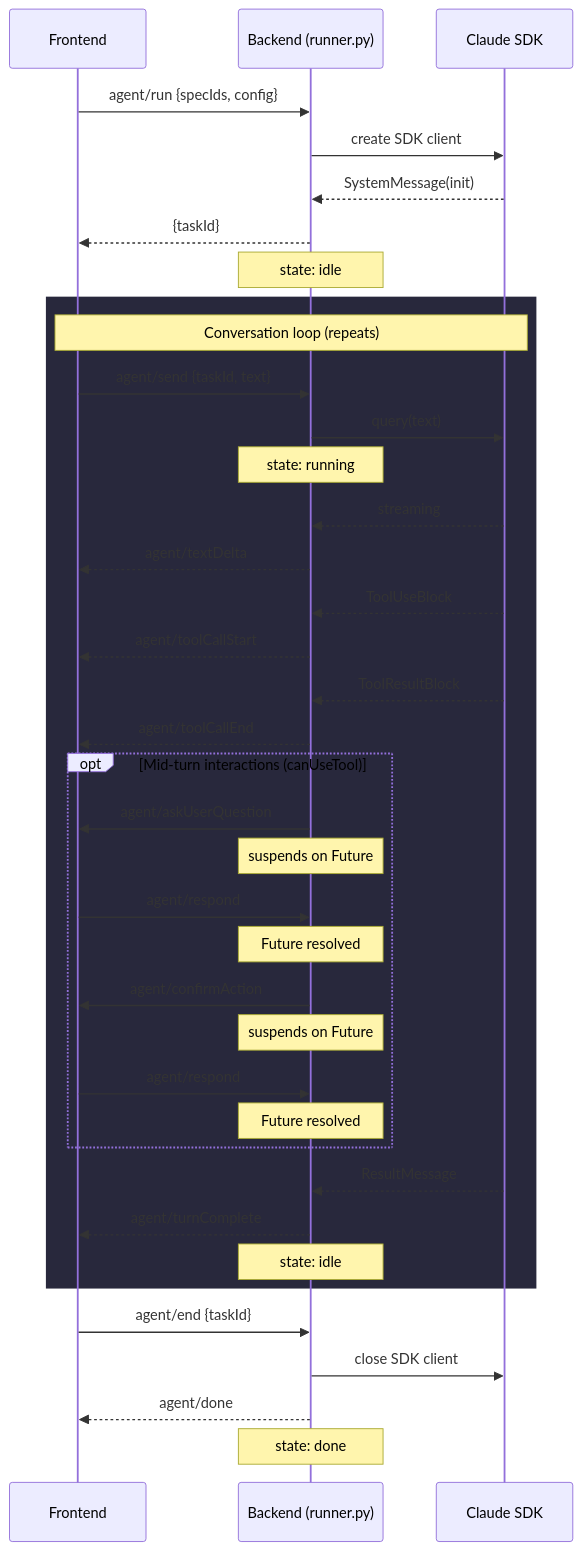
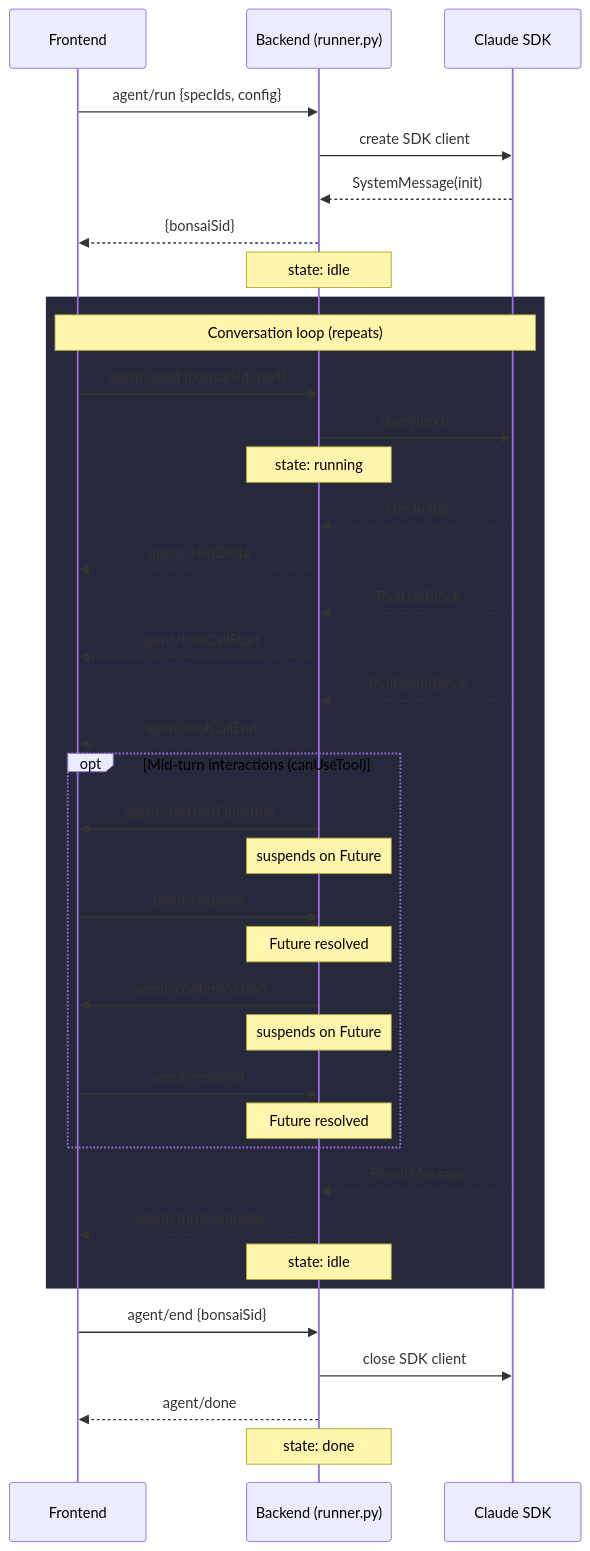
The second of 4 diagrams in backend/app/agent/README.md (JetBrains/thinkrail), drawn with Mermaid before and after one commit. The commit also changed other lines of this file and 34 other files, not shown here.

Commit message:
task_id -> bonsai_sid; update sessions and manager

````diff
--- a/backend/app/agent/README.md
+++ b/backend/app/agent/README.md
@@ -50,46 +50,46 @@
 ```mermaid
 sequenceDiagram
     participant F as Frontend
     participant B as Backend (runner.py)
     participant S as Claude SDK
 
     F->>B: agent/run {specIds, config}
     B->>S: create SDK client
     S-->>B: SystemMessage(init)
-    B-->>F: {taskId}
+    B-->>F: {bonsaiSid}
     Note over B: state: idle
 
     rect rgb(40, 40, 60)
         Note over F,S: Conversation loop (repeats)
 
-        F->>B: agent/send {taskId, text}
+        F->>B: agent/send {bonsaiSid, text}
         B->>S: query(text)
         Note over B: state: running
         S-->>B: streaming
         B-->>F: agent/textDelta
         S-->>B: ToolUseBlock
         B-->>F: agent/toolCallStart
         S-->>B: ToolResultBlock
         B-->>F: agent/toolCallEnd
 
         opt Mid-turn interactions (canUseTool)
             B->>F: agent/askUserQuestion
             Note over B: suspends on Future
             F->>B: agent/respond
             Note over B: Future resolved
             B->>F: agent/confirmAction
             Note over B: suspends on Future
             F->>B: agent/respond
             Note over B: Future resolved
         end
 
         S-->>B: ResultMessage
         B-->>F: agent/turnComplete
         Note over B: state: idle
     end
 
-    F->>B: agent/end {taskId}
+    F->>B: agent/end {bonsaiSid}
     B->>S: close SDK client
     B-->>F: agent/done
     Note over B: state: done
 ```
````
